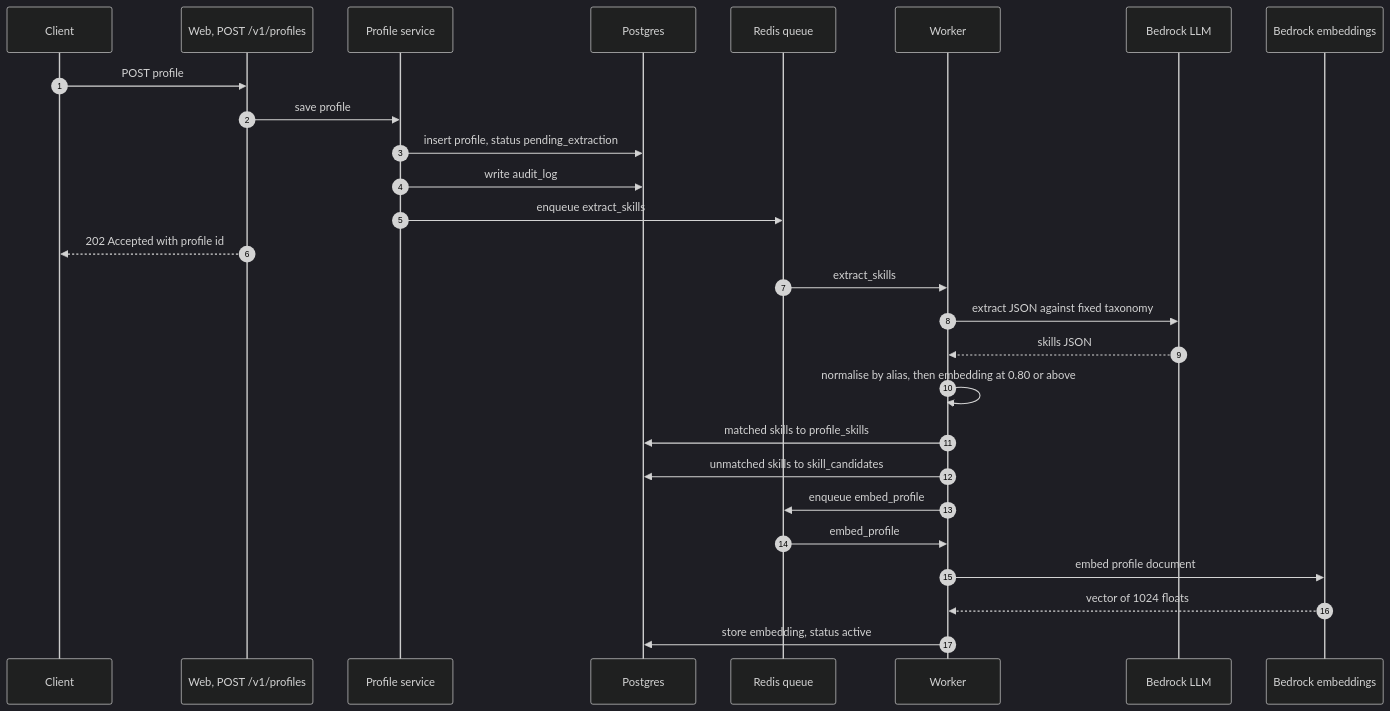
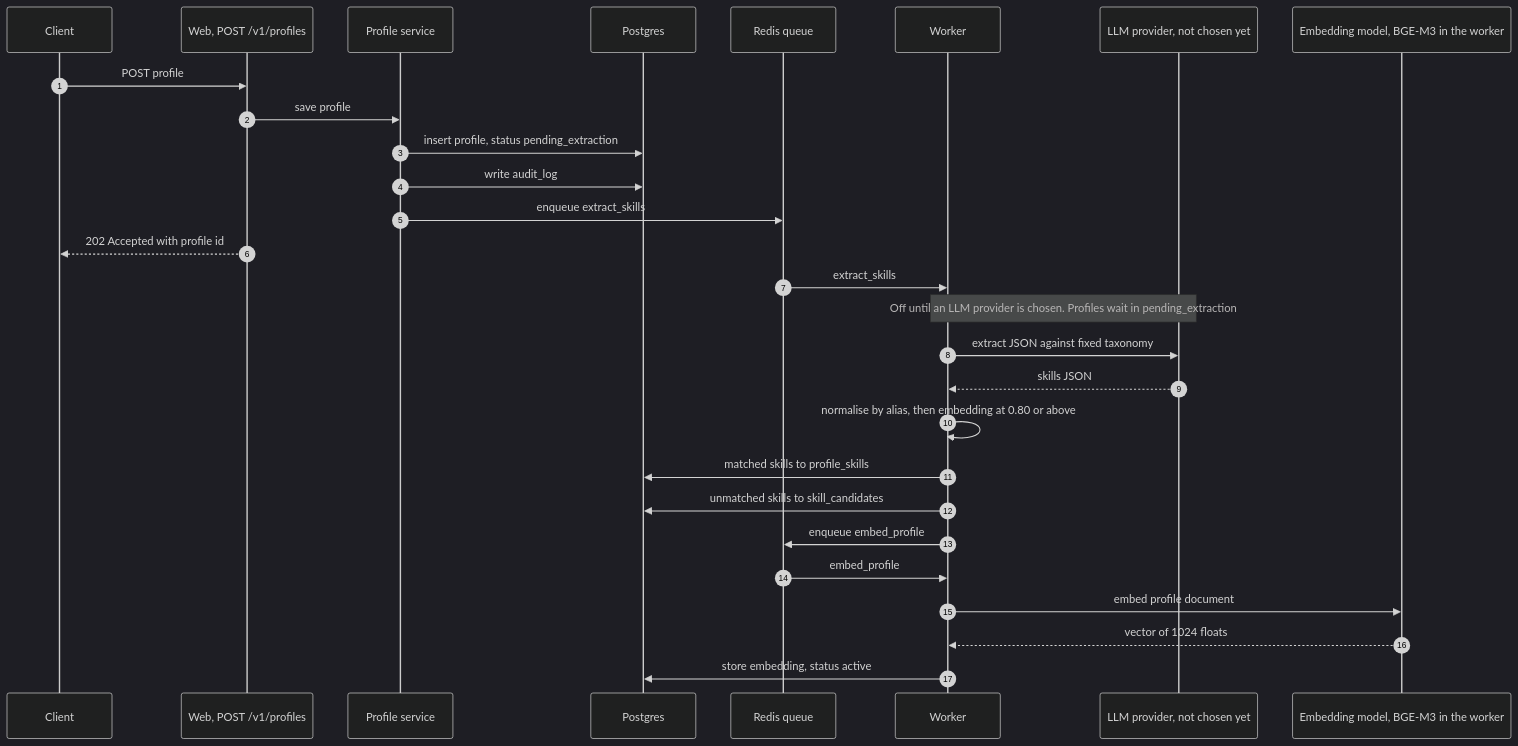
Before and after one commit to Si-Tumetry/try: the fourth of 12 diagrams in docs/ARCHITECTURE.md, drawn with Mermaid (dark theme). The commit also changed other lines of this file and 44 other files, not shown here.

````diff
--- a/docs/ARCHITECTURE.md
+++ b/docs/ARCHITECTURE.md
@@ -280,32 +274,33 @@
 ```mermaid
 sequenceDiagram
     autonumber
     participant C as Client
     participant API as Web, POST /v1/profiles
     participant PS as Profile service
     participant DB as Postgres
     participant Q as Redis queue
     participant W as Worker
-    participant LLM as Bedrock LLM
-    participant EMB as Bedrock embeddings
+    participant LLM as LLM provider, not chosen yet
+    participant EMB as Embedding model, BGE-M3 in the worker
 
     C->>API: POST profile
     API->>PS: save profile
     PS->>DB: insert profile, status pending_extraction
     PS->>DB: write audit_log
     PS->>Q: enqueue extract_skills
     API-->>C: 202 Accepted with profile id
 
     Q->>W: extract_skills
+    Note over W,LLM: Off until an LLM provider is chosen. Profiles wait in pending_extraction
     W->>LLM: extract JSON against fixed taxonomy
     LLM-->>W: skills JSON
     W->>W: normalise by alias, then embedding at 0.80 or above
     W->>DB: matched skills to profile_skills
     W->>DB: unmatched skills to skill_candidates
     W->>Q: enqueue embed_profile
 
     Q->>W: embed_profile
     W->>EMB: embed profile document
     EMB-->>W: vector of 1024 floats
     W->>DB: store embedding, status active
 ```
````
